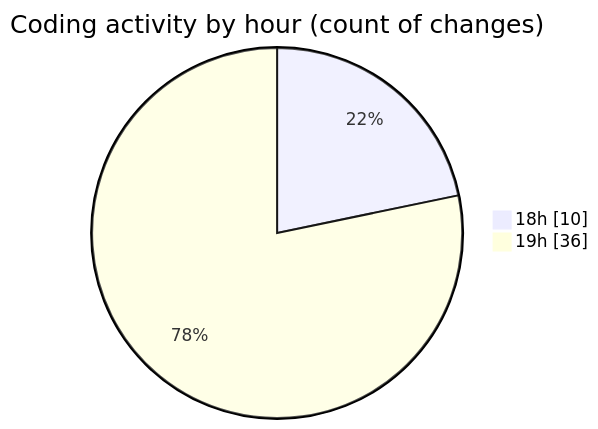
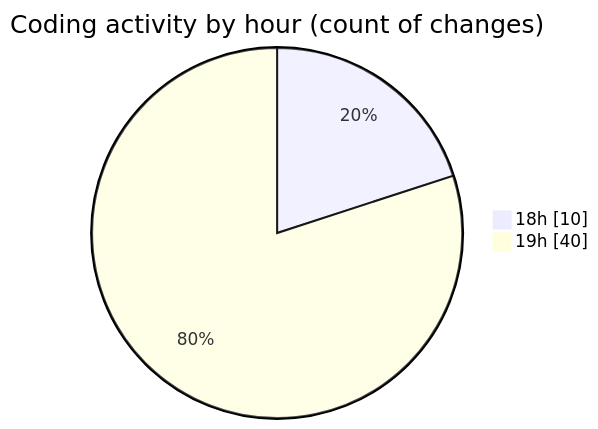
The second of 2 diagrams in 2025-03-29/back-end/README.md (Netris89/code-tracking), drawn with Mermaid before and after one commit. The commit also changed other lines of this file and 1 other file, not shown here.

````diff
--- a/2025-03-29/back-end/README.md
+++ b/2025-03-29/back-end/README.md
@@ -31,6 +31,6 @@
 ```mermaid
 pie showData
 title Coding activity by hour (count of changes)
 "18h" : 10
-"19h" : 36
+"19h" : 40
 ```
````
